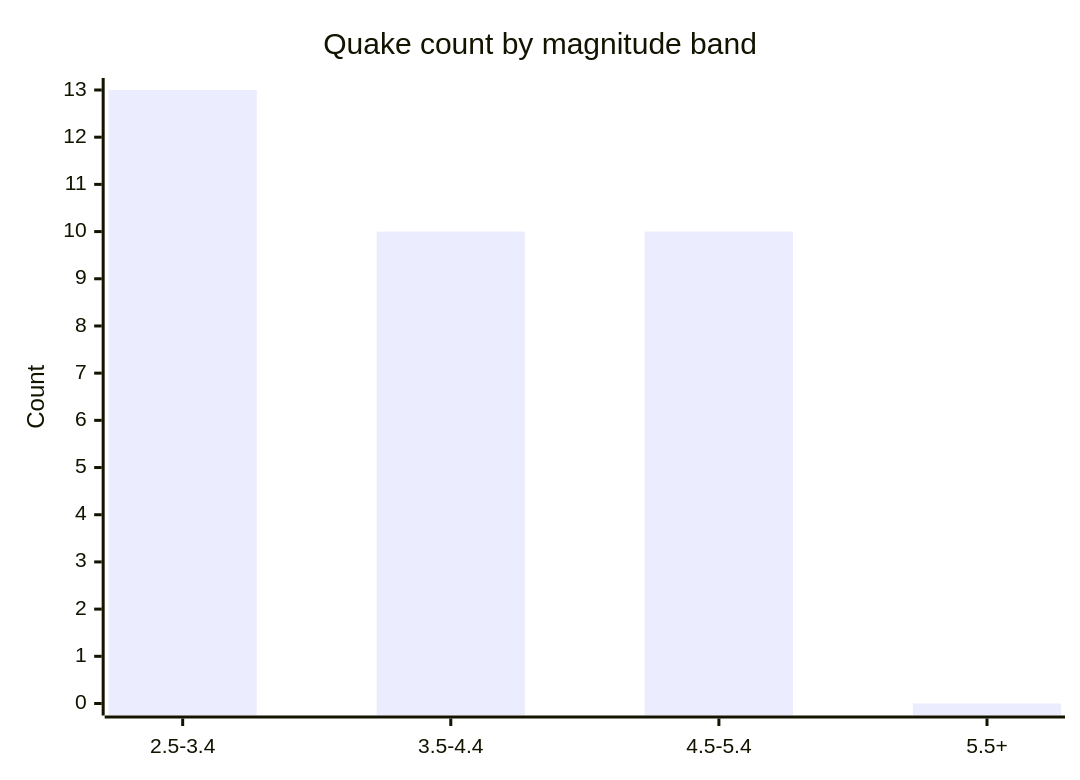
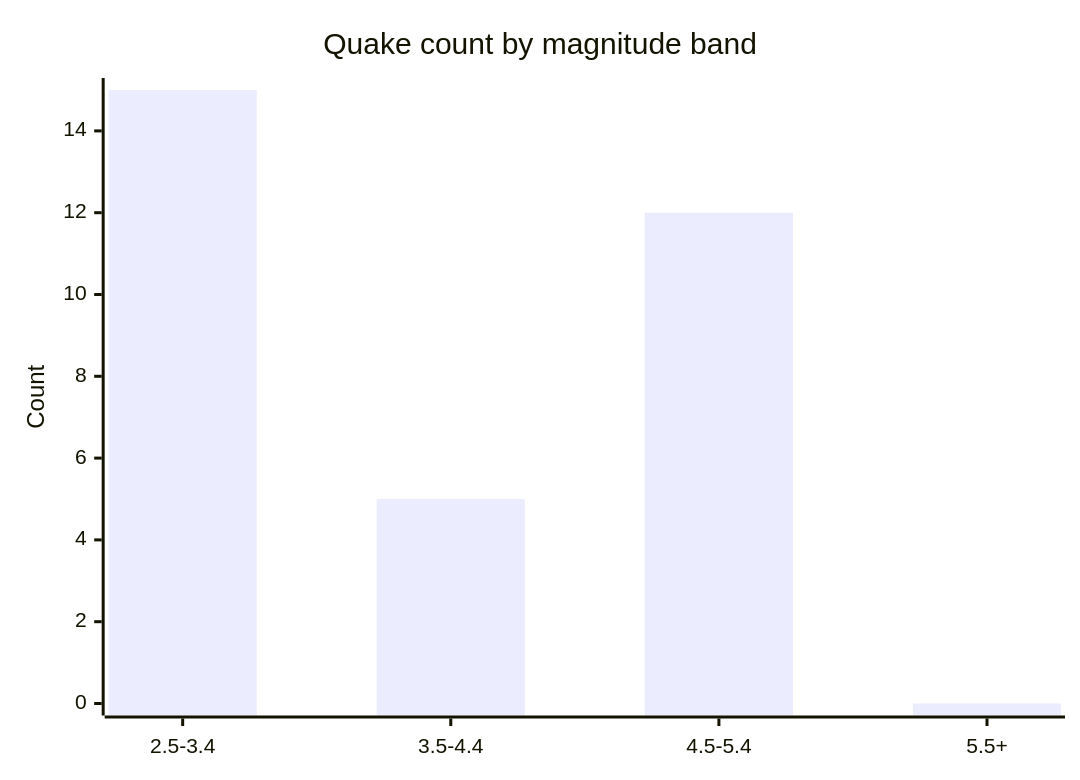
Before and after one commit to Midwest-Stratospheric/aerostratospheric-defense-gir: the fifth of 6 diagrams in docs/GRAPHS.md, drawn with Mermaid. The commit also changed other lines of this file and 25 other files, not shown here.

````diff
--- a/docs/GRAPHS.md
+++ b/docs/GRAPHS.md
@@ -82,7 +82,7 @@
 ```mermaid
 xychart-beta
   title "Quake count by magnitude band"
   x-axis ["2.5-3.4", "3.5-4.4", "4.5-5.4", "5.5+"]
-  y-axis "Count" 0 --> 13
-  bar [13, 10, 10, 0]
+  y-axis "Count" 0 --> 15
+  bar [15, 5, 12, 0]
 ```
````
